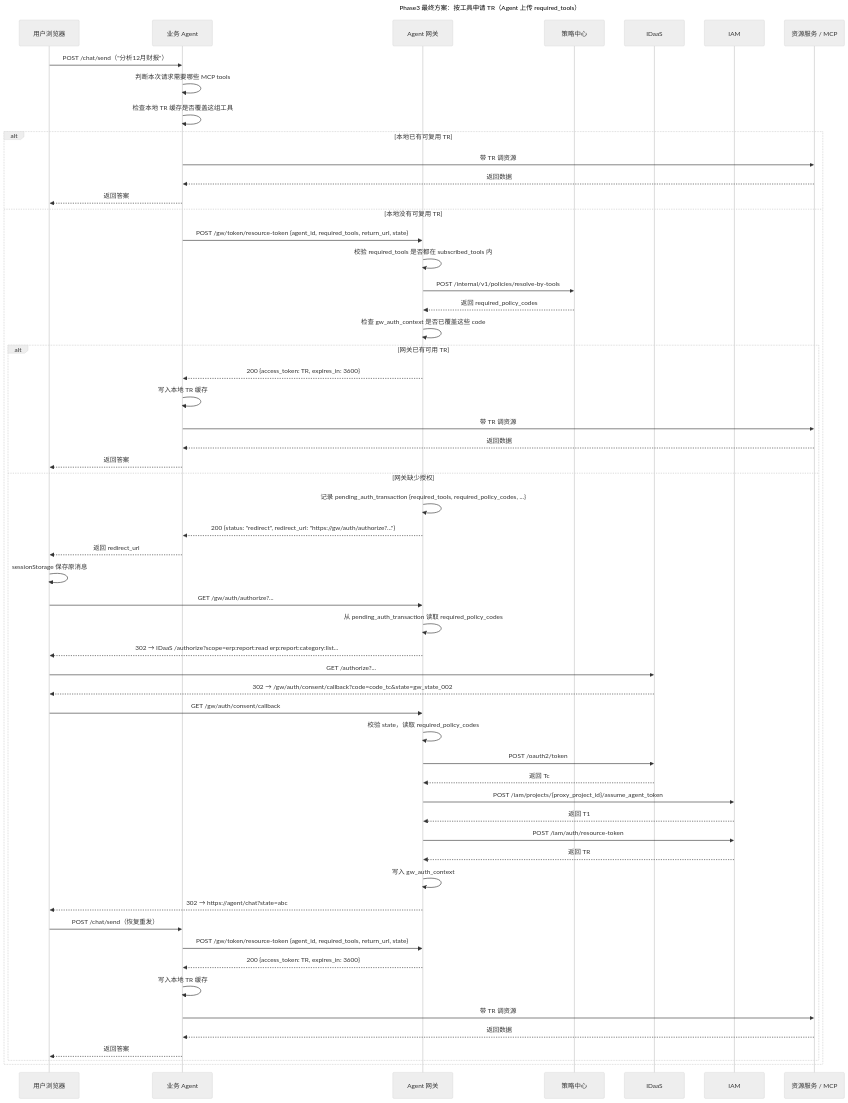
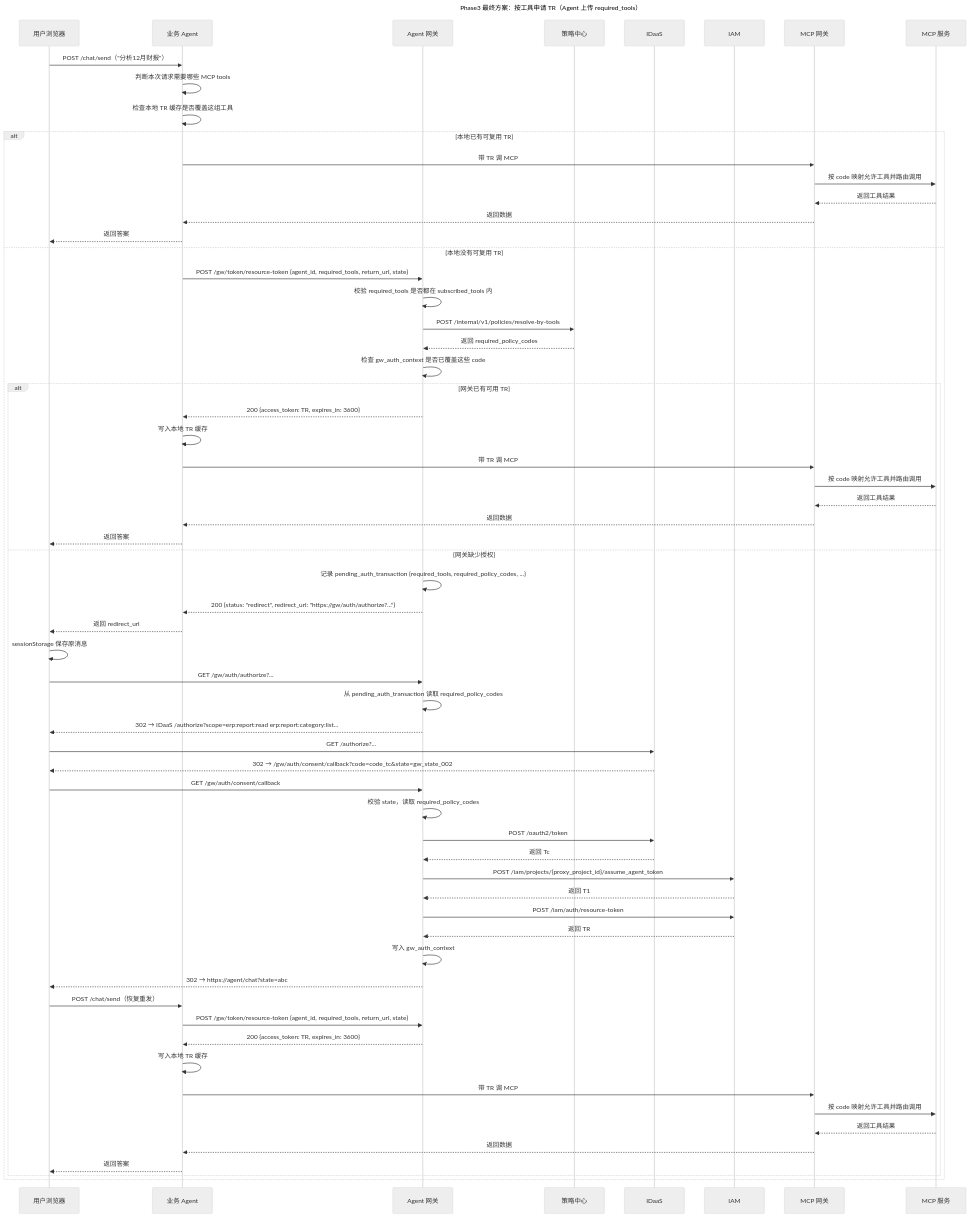
One commit to xuning117634-ux/auth-design-spec changed the third of 4 diagrams in docs/design/final_design/02_引入Agent网关版方案.md. Above: the diagram before and after it, drawn with Mermaid (neutral theme). The commit also changed other lines of this file and 1 other file, not shown here.

````diff
--- a/docs/design/final_design/02_引入Agent网关版方案.md
+++ b/docs/design/final_design/02_引入Agent网关版方案.md
@@ -244,66 +249,73 @@
 ```mermaid
 sequenceDiagram
     title Phase3 最终方案：按工具申请 TR（Agent 上传 required_tools）
     participant 用户 as 用户浏览器
     participant Agent as 业务 Agent
     participant GW as Agent 网关
     participant PC as 策略中心
     participant IDaaS as IDaaS
     participant IAM as IAM
-    participant 资源服务 as 资源服务 / MCP
+    participant MCP网关 as MCP 网关
+    participant MCP服务 as MCP 服务
 
     用户->>Agent: POST /chat/send（"分析12月财报"）
     Agent->>Agent: 判断本次请求需要哪些 MCP tools
     Agent->>Agent: 检查本地 TR 缓存是否覆盖这组工具
 
     alt 本地已有可复用 TR
-        Agent->>资源服务: 带 TR 调资源
-        资源服务-->>Agent: 返回数据
+        Agent->>MCP网关: 带 TR 调 MCP
+        MCP网关->>MCP服务: 按 code 映射允许工具并路由调用
+        MCP服务-->>MCP网关: 返回工具结果
+        MCP网关-->>Agent: 返回数据
         Agent-->>用户: 返回答案
     else 本地没有可复用 TR
         Agent->>GW: POST /gw/token/resource-token {agent_id, required_tools, return_url, state}
         GW->>GW: 校验 required_tools 是否都在 subscribed_tools 内
         GW->>PC: POST /internal/v1/policies/resolve-by-tools
         PC-->>GW: 返回 required_policy_codes
         GW->>GW: 检查 gw_auth_context 是否已覆盖这些 code
 
         alt 网关已有可用 TR
             GW-->>Agent: 200 {access_token: TR, expires_in: 3600}
             Agent->>Agent: 写入本地 TR 缓存
-            Agent->>资源服务: 带 TR 调资源
-            资源服务-->>Agent: 返回数据
+            Agent->>MCP网关: 带 TR 调 MCP
+            MCP网关->>MCP服务: 按 code 映射允许工具并路由调用
+            MCP服务-->>MCP网关: 返回工具结果
+            MCP网关-->>Agent: 返回数据
             Agent-->>用户: 返回答案
         else 网关缺少授权
             GW->>GW: 记录 pending_auth_transaction {required_tools, required_policy_codes, ...}
             GW-->>Agent: 200 {status: "redirect", redirect_url: "https://gw/auth/authorize?..."}
             Agent-->>用户: 返回 redirect_url
 
             用户->>用户: sessionStorage 保存原消息
             用户->>GW: GET /gw/auth/authorize?... 
             GW->>GW: 从 pending_auth_transaction 读取 required_policy_codes
             GW-->>用户: 302 → IDaaS /authorize?scope=erp:report:read erp:report:category:list...
 
             用户->>IDaaS: GET /authorize?... 
             IDaaS-->>用户: 302 → /gw/auth/consent/callback?code=code_tc&state=gw_state_002
 
             用户->>GW: GET /gw/auth/consent/callback
             GW->>GW: 校验 state，读取 required_policy_codes
             GW->>IDaaS: POST /oauth2/token
             IDaaS-->>GW: 返回 Tc
             GW->>IAM: POST /iam/projects/{proxy_project_id}/assume_agent_token
             IAM-->>GW: 返回 T1
             GW->>IAM: POST /iam/auth/resource-token
             IAM-->>GW: 返回 TR
             GW->>GW: 写入 gw_auth_context
             GW-->>用户: 302 → https://agent/chat?state=abc
 
             用户->>Agent: POST /chat/send（恢复重发）
             Agent->>GW: POST /gw/token/resource-token {agent_id, required_tools, return_url, state}
             GW-->>Agent: 200 {access_token: TR, expires_in: 3600}
             Agent->>Agent: 写入本地 TR 缓存
-            Agent->>资源服务: 带 TR 调资源
-            资源服务-->>Agent: 返回数据
+            Agent->>MCP网关: 带 TR 调 MCP
+            MCP网关->>MCP服务: 按 code 映射允许工具并路由调用
+            MCP服务-->>MCP网关: 返回工具结果
+            MCP网关-->>Agent: 返回数据
             Agent-->>用户: 返回答案
         end
     end
 ```
````
